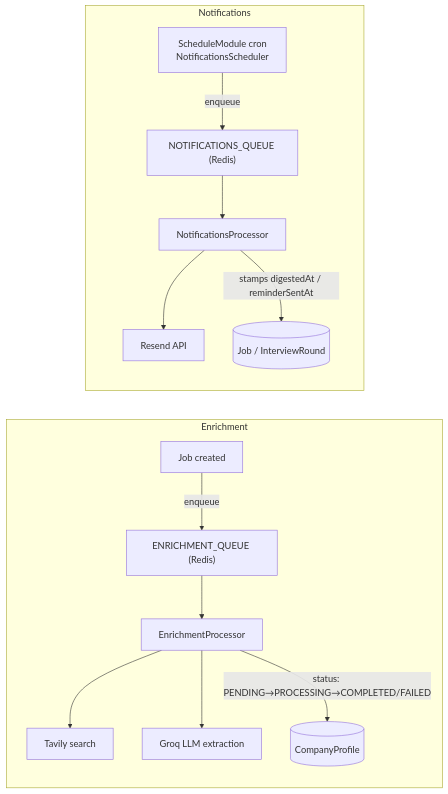
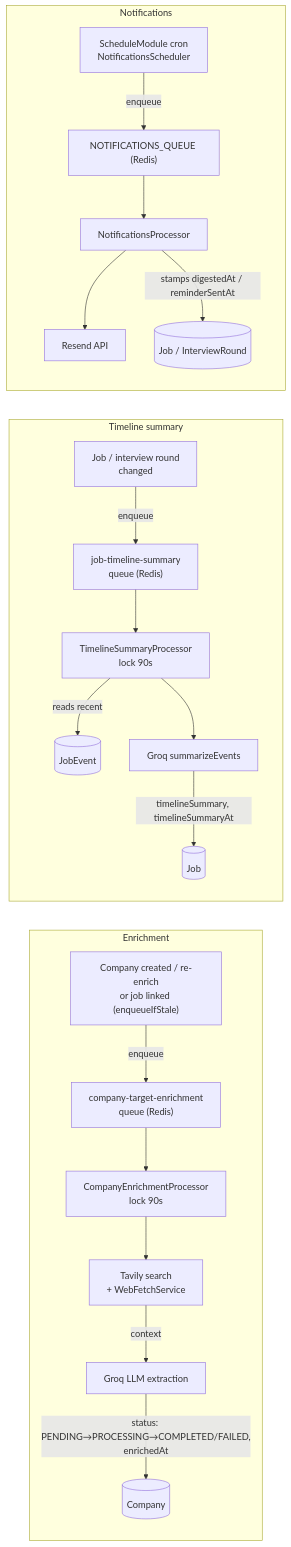
The fourth of 6 diagrams in docs/architecture.md (muhammadasif2017/job-tracker), drawn with Mermaid before and after one commit. The commit also changed other lines of this file, not shown here.

Commit message:
Update architecture diagrams with data flow (#388)

````diff
--- a/docs/architecture.md
+++ b/docs/architecture.md
@@ -131,17 +159,25 @@
 ```mermaid
 flowchart LR
     subgraph Enrichment
-        JC["Job created"] -->|enqueue| EQ["ENRICHMENT_QUEUE (Redis)"]
-        EQ --> EP[EnrichmentProcessor]
-        EP --> TAV[Tavily search]
-        EP --> GROQ[Groq LLM extraction]
-        EP -->|"status: PENDING→PROCESSING→COMPLETED/FAILED"| CP[(CompanyProfile)]
+        JC["Company created / re-enrich<br/>or job linked (enqueueIfStale)"] -->|enqueue| EQ["company-target-enrichment<br/>queue (Redis)"]
+        EQ --> EP["CompanyEnrichmentProcessor<br/>lock 90s"]
+        EP --> TAV["Tavily search<br/>+ WebFetchService"]
+        TAV -->|context| GROQ[Groq LLM extraction]
+        GROQ -->|"status: PENDING→PROCESSING→COMPLETED/FAILED,<br/>enrichedAt"| CP[(Company)]
+    end
+
+    subgraph TimelineSummary["Timeline summary"]
+        JE["Job / interview round<br/>changed"] -->|enqueue| TQ["job-timeline-summary<br/>queue (Redis)"]
+        TQ --> TP["TimelineSummaryProcessor<br/>lock 90s"]
+        TP -->|reads recent| EV[(JobEvent)]
+        TP --> GROQ2[Groq summarizeEvents]
+        GROQ2 -->|"timelineSummary, timelineSummaryAt"| JOBSUM[(Job)]
     end
 
     subgraph Notifications
         CRON["ScheduleModule cron<br/>NotificationsScheduler"] -->|enqueue| NQ["NOTIFICATIONS_QUEUE (Redis)"]
         NQ --> NP[NotificationsProcessor]
         NP --> RESEND[Resend API]
         NP -->|"stamps digestedAt / reminderSentAt"| JOBROW[(Job / InterviewRound)]
     end
 ```
````
